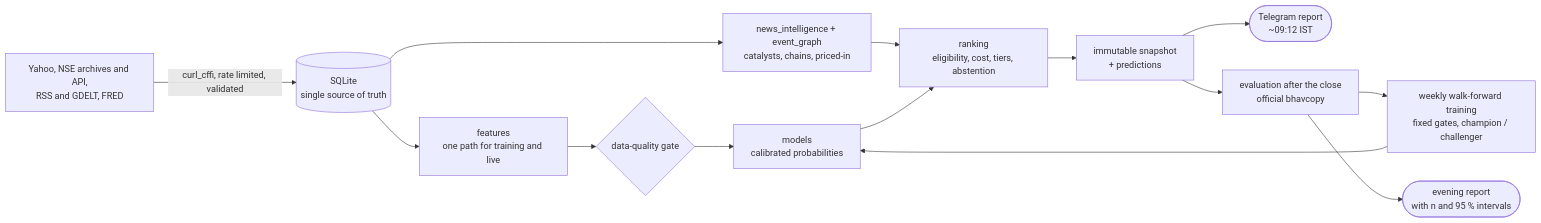
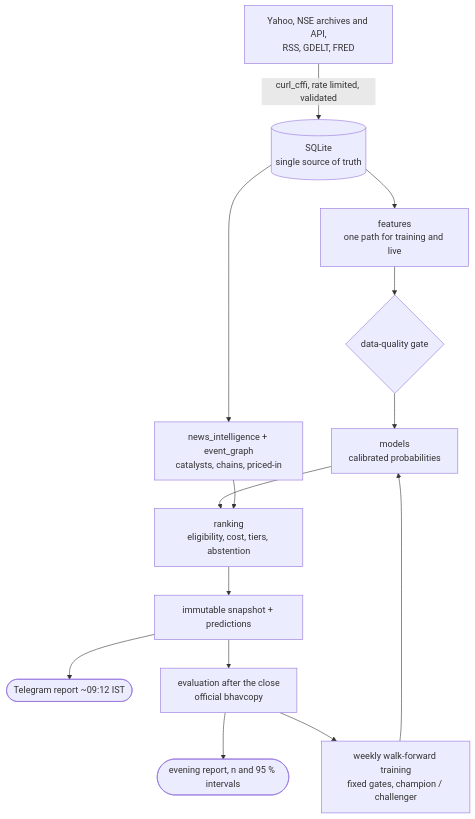
Before and after one commit to amansoni7477030/MonsterStock_AI: the first of 3 diagrams in MONSTER-AI/README.md, drawn with Mermaid. The commit also changed other lines of this file and 5 other files, not shown here.

````diff
--- a/MONSTER-AI/README.md
+++ b/MONSTER-AI/README.md
@@ -59,16 +59,16 @@
 ```mermaid
-flowchart LR
-    SRC["Yahoo, NSE archives and API,<br/>RSS and GDELT, FRED"] -->|"curl_cffi, rate limited, validated"| DB[("SQLite<br/>single source of truth")]
+flowchart TB
+    SRC["Yahoo, NSE archives and API,<br/>RSS, GDELT, FRED"] -->|"curl_cffi, rate limited, validated"| DB[("SQLite<br/>single source of truth")]
     DB --> FEAT["features<br/>one path for training and live"]
-    NEWS["news_intelligence + event_graph<br/>catalysts, chains, priced-in"] --> RANK
-    DB --> NEWS
+    DB --> NEWS["news_intelligence + event_graph<br/>catalysts, chains, priced-in"]
     FEAT --> GATE{"data-quality gate"}
     GATE --> MODEL["models<br/>calibrated probabilities"]
     MODEL --> RANK["ranking<br/>eligibility, cost, tiers, abstention"]
-    RANK --> FREEZE["immutable snapshot<br/>+ predictions"]
-    FREEZE --> TG(["Telegram report<br/>~09:12 IST"])
+    NEWS --> RANK
+    RANK --> FREEZE["immutable snapshot + predictions"]
+    FREEZE --> TG(["Telegram report ~09:12 IST"])
     FREEZE --> EVAL["evaluation after the close<br/>official bhavcopy"]
+    EVAL --> EVE(["evening report, n and 95 % intervals"])
     EVAL --> TRAIN["weekly walk-forward training<br/>fixed gates, champion / challenger"]
     TRAIN --> MODEL
-    EVAL --> EVE(["evening report<br/>with n and 95 % intervals"])
 ```
````
